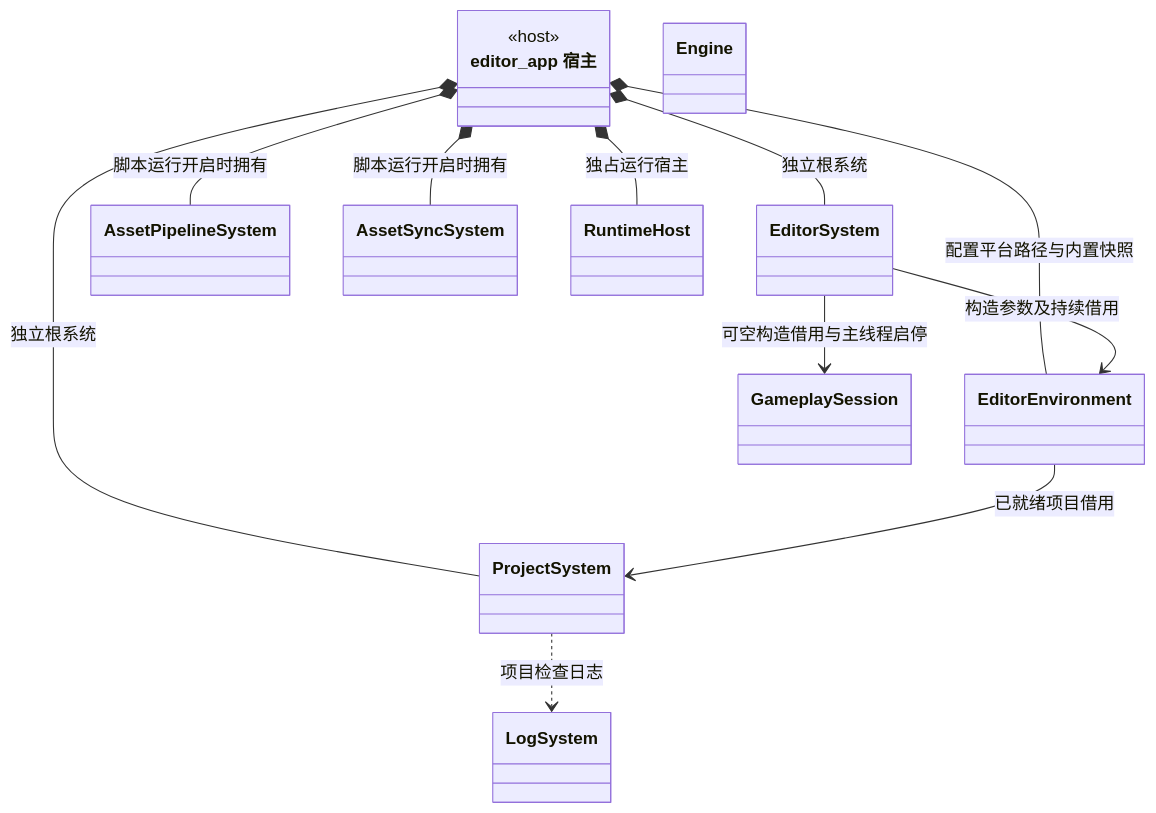
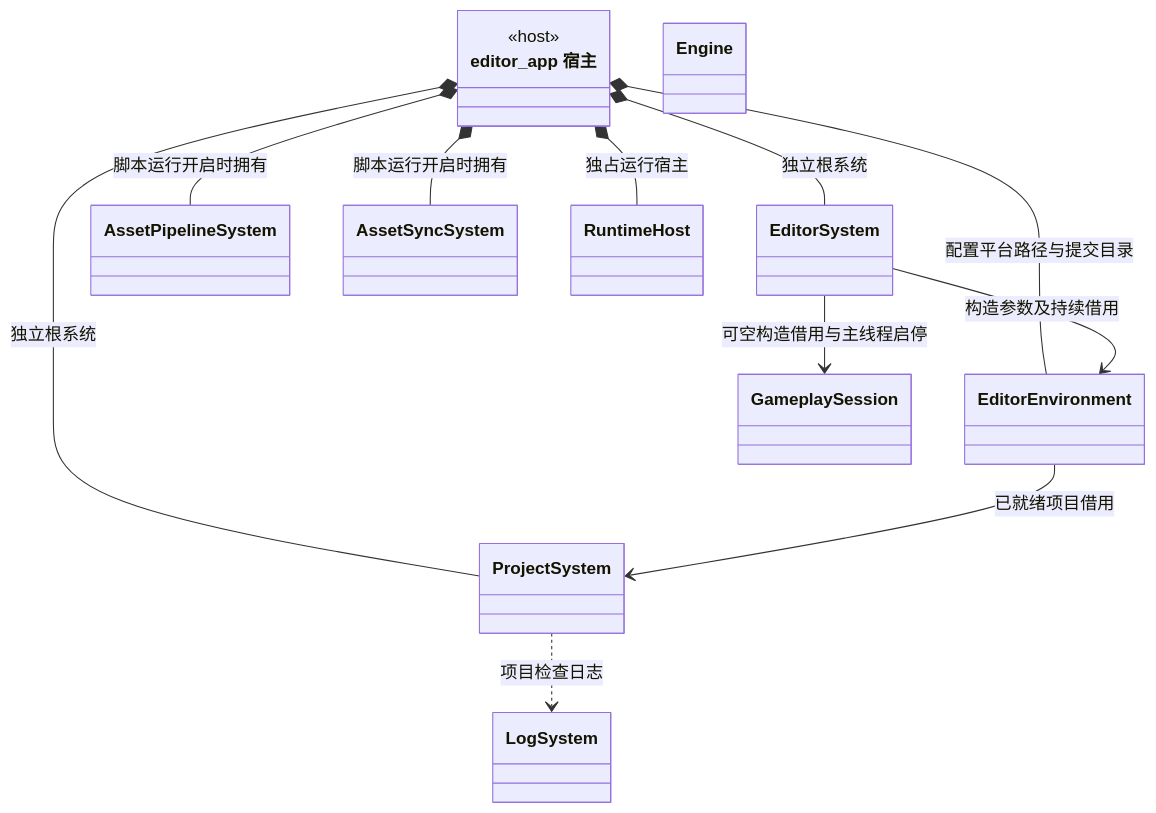
The seventh of 22 diagrams in docs/class-diagrams/references.md (lcals/Engine), drawn with Mermaid before and after one commit. The commit also changed other lines of this file and 96 other files, not shown here.

````diff
--- a/docs/class-diagrams/references.md
+++ b/docs/class-diagrams/references.md
@@ -190,24 +192,24 @@
 ```mermaid
 classDiagram
     direction TB
     class EditorHost["editor_app 宿主"] {
         <<host>>
     }
     class ProjectSystem
     class EditorSystem
     class AssetPipelineSystem
     class AssetSyncSystem
     class Engine
     class LogSystem
     EditorHost *-- ProjectSystem : 独立根系统
     EditorHost *-- EditorSystem : 独立根系统
     EditorHost *-- AssetPipelineSystem : 脚本运行开启时拥有
     EditorHost *-- AssetSyncSystem : 脚本运行开启时拥有
     class EditorEnvironment
-    EditorHost *-- EditorEnvironment : 配置平台路径与内置快照
+    EditorHost *-- EditorEnvironment : 配置平台路径与提交目录
     EditorEnvironment --> ProjectSystem : 已就绪项目借用
     EditorSystem --> EditorEnvironment : 构造参数及持续借用
     EditorSystem --> GameplaySession : 可空构造借用与主线程启停
     ProjectSystem ..> LogSystem : 项目检查日志
     EditorHost *-- RuntimeHost : 独占运行宿主
 ```
````
